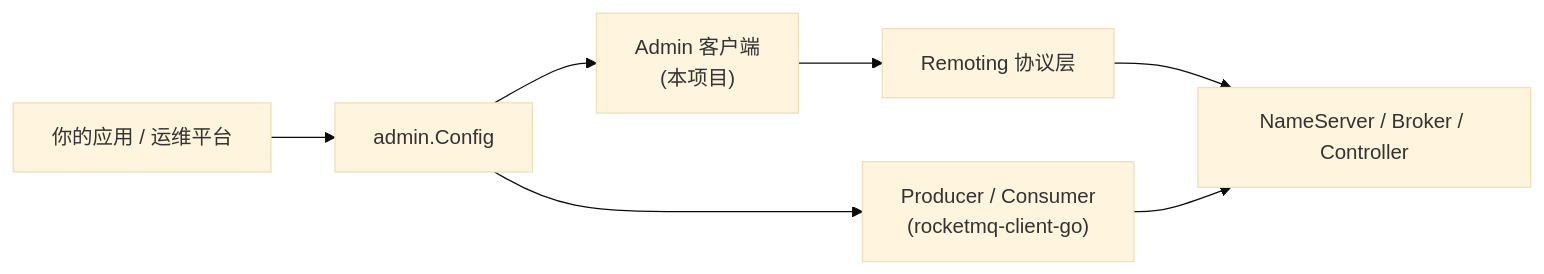
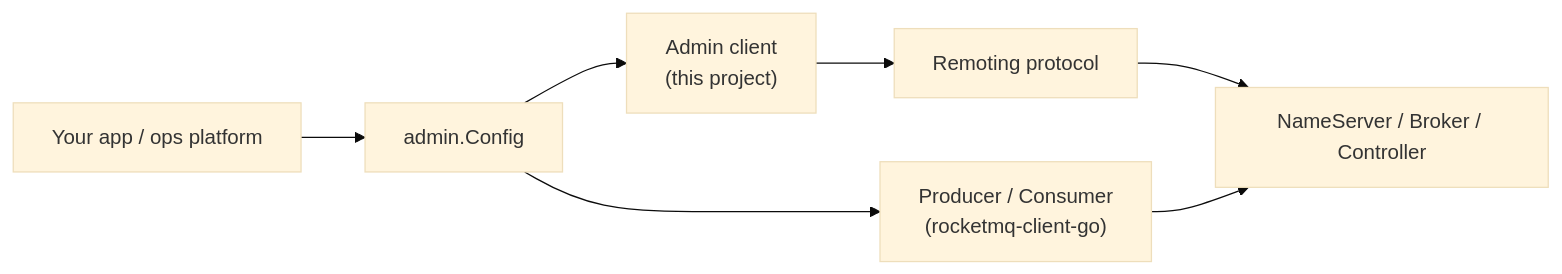
One commit to amigoer/rocketmq-admin-go changed the diagram in README.md. Above: the diagram before and after it, drawn with Mermaid (base theme). The commit also changed other lines of this file and 1 other file, not shown here.

````diff
--- a/README.md
+++ b/README.md
@@ -26,9 +28,9 @@
 ```mermaid
 graph LR
-    App["你的应用 / 运维平台"] --> Config["admin.Config"]
-    Config --> Admin["Admin 客户端<br/>(本项目)"]
+    App["Your app / ops platform"] --> Config["admin.Config"]
+    Config --> Admin["Admin client<br/>(this project)"]
     Config --> PC["Producer / Consumer<br/>(rocketmq-client-go)"]
-    Admin --> Remoting["Remoting 协议层"]
+    Admin --> Remoting["Remoting protocol"]
     Remoting --> Cluster["NameServer / Broker / Controller"]
     PC --> Cluster
 ```
````
